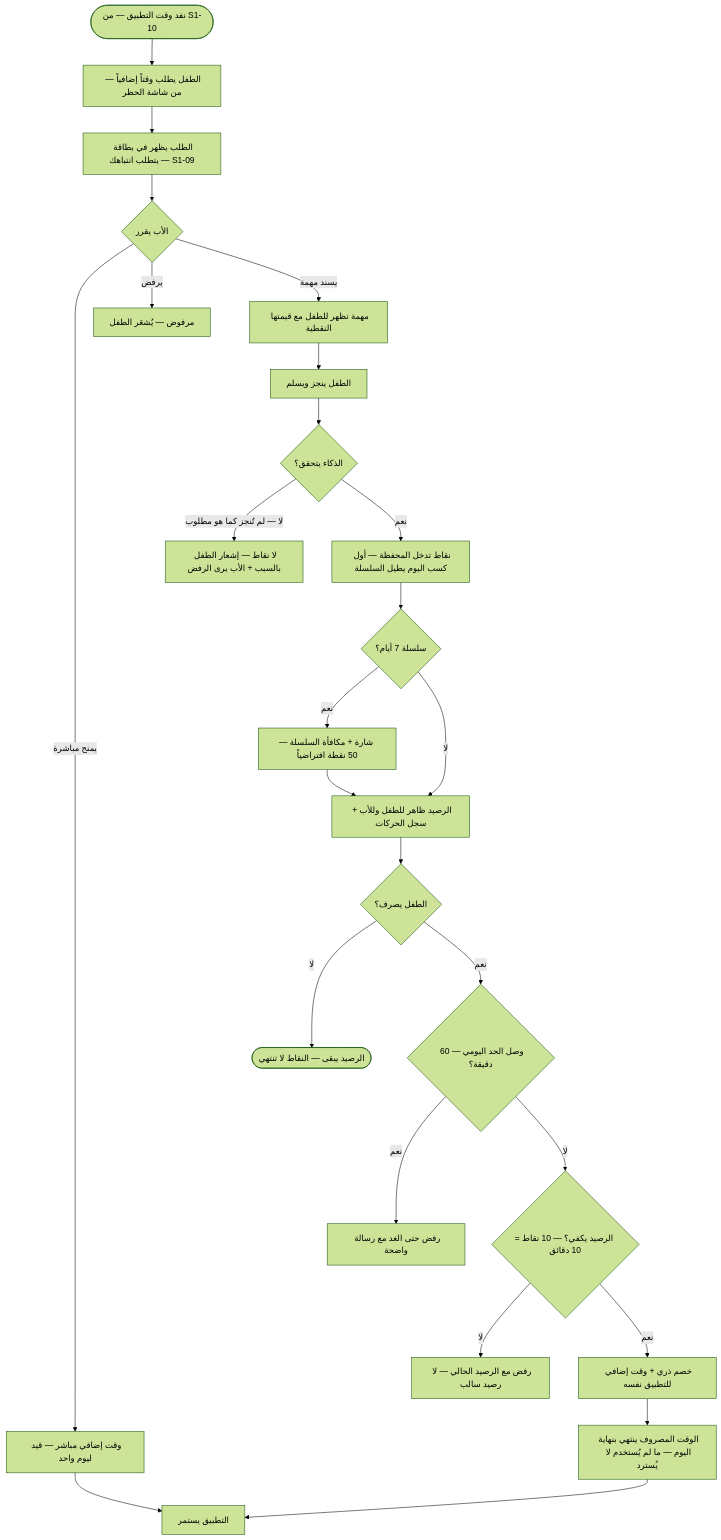
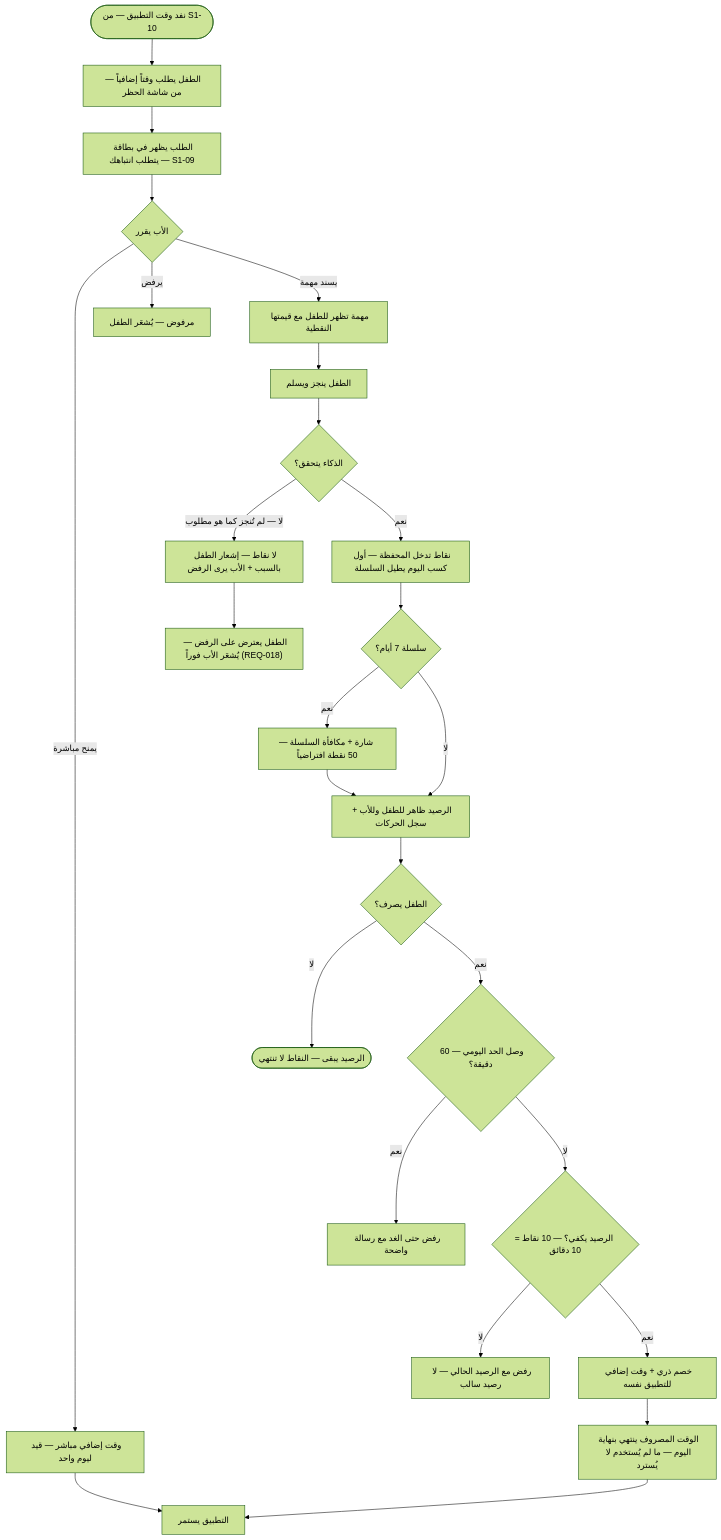
One commit to Bassam-mohammed-alqaeadi/family-os-v2 changed the tenth of 12 diagrams in docs/family-os/governance/phases/phase-1/S1-05-rewards-children/DIAGRAMS.md. Above: the diagram before and after it, drawn with Mermaid (forest theme). The commit also changed other lines of this file and 10 other files, not shown here.

Commit message:
إغلاق المراجعة الشاملة R1–R5 (Q-196…Q-231) — المخططات DIAGRAMS + خريطة السياق (2/4)

````diff
--- a/docs/family-os/governance/phases/phase-1/S1-05-rewards-children/DIAGRAMS.md
+++ b/docs/family-os/governance/phases/phase-1/S1-05-rewards-children/DIAGRAMS.md
@@ -371,27 +397,28 @@
 ```mermaid
 flowchart TD
     Start([نفد وقت التطبيق — من S1-10]) --> Req[الطفل يطلب وقتاً إضافياً — من شاشة الحظر]
     Req --> Card[الطلب يظهر في بطاقة يتطلب انتباهك — S1-09]
     Card --> Father{الأب يقرر}
     Father -->|يمنح مباشرة| Grant[وقت إضافي مباشر — قيد ليوم واحد]
     Grant --> Play[التطبيق يستمر]
     Father -->|يرفض| Reject[مرفوض — يُشعَر الطفل]
     Father -->|يسند مهمة| Task[مهمة تظهر للطفل مع قيمتها النقطية]
     Task --> Do[الطفل ينجز ويسلم]
     Do --> AI{الذكاء يتحقق؟}
     AI -->|لا — لم تُنجز كما هو مطلوب| NoCredit[لا نقاط — إشعار الطفل بالسبب + الأب يرى الرفض]
+    NoCredit --> Obj["الطفل يعترض على الرفض — يُشعَر الأب فوراً (REQ-018)"]
     AI -->|نعم| Credit[نقاط تدخل المحفظة — أول كسب اليوم يطيل السلسلة]
     Credit --> Streak{سلسلة 7 أيام؟}
     Streak -->|نعم| Bonus[شارة + مكافأة السلسلة — 50 نقطة افتراضياً]
     Streak -->|لا| Wallet[الرصيد ظاهر للطفل وللأب + سجل الحركات]
     Bonus --> Wallet
     Wallet --> Redeem{الطفل يصرف؟}
     Redeem -->|لا| End([الرصيد يبقى — النقاط لا تنتهي])
     Redeem -->|نعم| Cap{وصل الحد اليومي — 60 دقيقة؟}
     Cap -->|نعم| Block[رفض حتى الغد مع رسالة واضحة]
     Cap -->|لا| Check{الرصيد يكفي؟ — 10 نقاط = 10 دقائق}
     Check -->|لا| NoBal[رفض مع الرصيد الحالي — لا رصيد سالب]
     Check -->|نعم| Spend[خصم ذري + وقت إضافي للتطبيق نفسه]
     Spend --> Expire[الوقت المصروف ينتهي بنهاية اليوم — ما لم يُستخدم لا يُسترد]
     Expire --> Play
 ```
````
